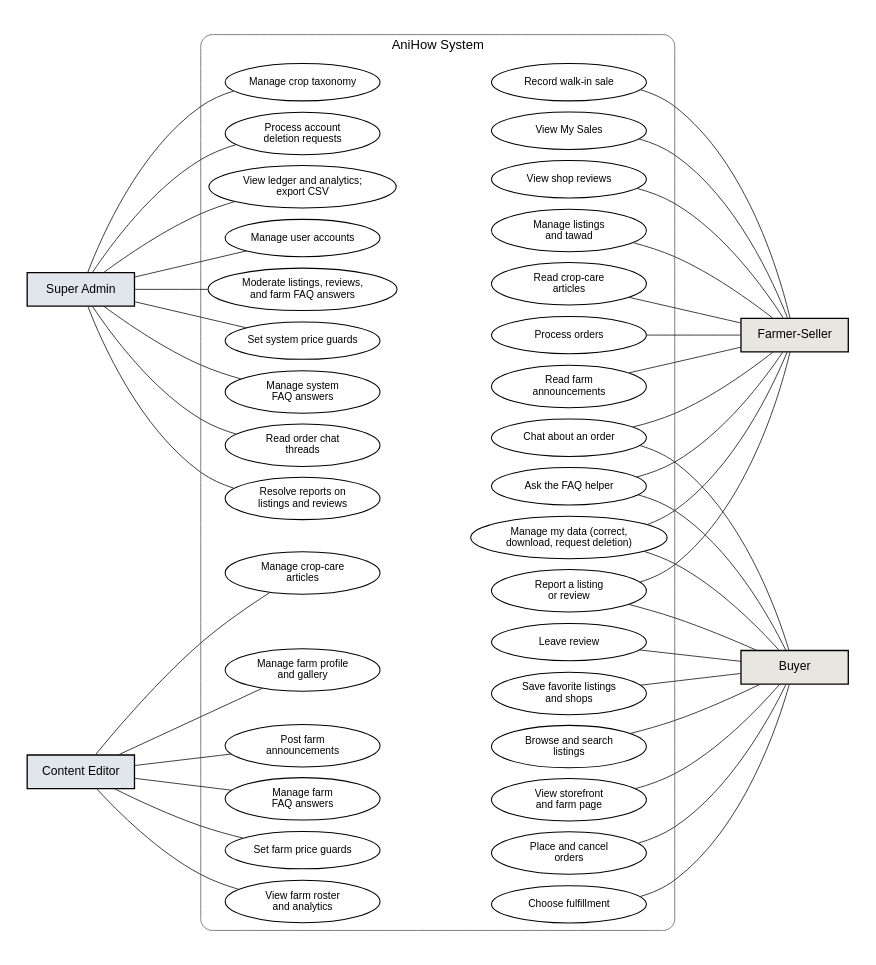
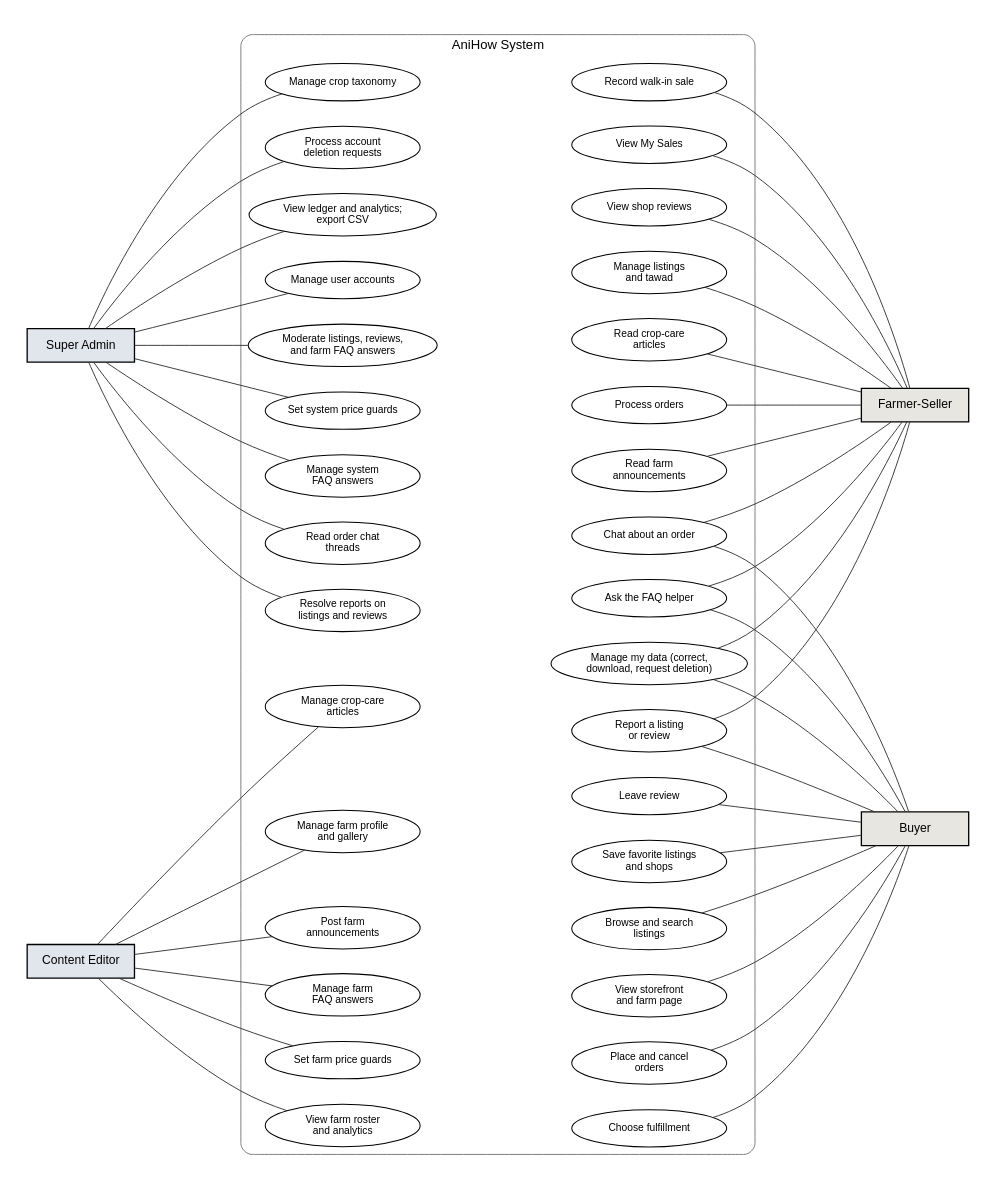
The diagram in docs/manuscript/figures/src/fig5_use_case.dot (shawncastaneda11-commits/anihow-backend), drawn with Graphviz before and after one commit. The commit also changed 40 other files, not shown here.

First line of the commit message:
docs(manuscript): improve DFD, ERD, and use case diagram routing

```diff
--- a/docs/manuscript/figures/src/fig5_use_case.dot
+++ b/docs/manuscript/figures/src/fig5_use_case.dot
@@ -1,75 +1,75 @@
 // Figure 5. Use case diagram of AniHow (v3.5, with content reports).
 digraph G {
-  graph [rankdir=LR, nodesep=0.16, ranksep=1.1, pad=0.3, fontname="Liberation Sans", newrank=true];
+  graph [rankdir=LR, nodesep=0.38, ranksep=1.7, pad=0.3, fontname="Liberation Sans", newrank=true, splines=spline];
   node  [fontname="Liberation Sans", fontsize=11];
   edge  [arrowhead=none, penwidth=1.0, color="#333333"];
 
   node [shape=box, style="filled", penwidth=1.4, fontsize=13, width=1.6];
   sa [label="Super Admin",    fillcolor="#E1E6ED"];
   ce [label="Content Editor", fillcolor="#E1E6ED"];
   fs [label="Farmer-Seller",  fillcolor="#E8E6E0"];
   by [label="Buyer",          fillcolor="#E8E6E0"];
 
   subgraph cluster_sys {
     label="AniHow System"; style="rounded"; color="#777777"; fontsize=14;
     node [shape=ellipse, style="solid", penwidth=1.1, width=2.3, height=0.55, fontsize=11];
 
     // Super Admin (CMS)
     sa1 [label="Manage user accounts"];
     sa2 [label="Set system price guards"];
     sa3 [label="Manage crop taxonomy"];
     sa4 [label="Moderate listings, reviews,\nand farm FAQ answers"];
     sa5 [label="Manage system\nFAQ answers"];
     sa6 [label="Process account\ndeletion requests"];
     sa7 [label="View ledger and analytics;\nexport CSV"];
     sa8 [label="Read order chat\nthreads"];
     sa9 [label="Resolve reports on\nlistings and reviews"];
 
     // Content Editor (CMS, own farm)
     ce1 [label="Manage crop-care\narticles"];
     ce2 [label="Manage farm profile\nand gallery"];
     ce3 [label="Post farm\nannouncements"];
     ce4 [label="Manage farm\nFAQ answers"];
     ce5 [label="Set farm price guards"];
     ce6 [label="View farm roster\nand analytics"];
 
     // Farmer-Seller (app)
     fs1 [label="Manage listings\nand tawad"];
     fs2 [label="Process orders"];
     fs3 [label="Record walk-in sale"];
     fs4 [label="Read crop-care\narticles"];
     fs5 [label="Read farm\nannouncements"];
     fs6 [label="View My Sales"];
     fs7 [label="View shop reviews"];
 
     // Shared by both app users
     sh1 [label="Chat about an order"];
     sh2 [label="Ask the FAQ helper"];
     sh3 [label="Manage my data (correct,\ndownload, request deletion)"];
     sh4 [label="Report a listing\nor review"];
 
     // Buyer (app)
     by1 [label="Browse and search\nlistings"];
     by2 [label="View storefront\nand farm page"];
     by3 [label="Place and cancel\norders"];
     by4 [label="Choose fulfillment"];
     by5 [label="Leave review"];
     by6 [label="Save favorite listings\nand shops"];
   }
 
   sa -> {sa1 sa2 sa3 sa4 sa5 sa6 sa7 sa8 sa9};
   ce -> {ce1 ce2 ce3 ce4 ce5 ce6};
   {fs1 fs2 fs3 fs4 fs5 fs6 fs7 sh1 sh2 sh3 sh4} -> fs;
   {sh1 sh2 sh3 sh4 by1 by2 by3 by4 by5 by6} -> by;
 
   // two columns: CMS use cases (left) and app use cases (right)
   {rank=same; sa ce}
   {rank=same; sa1 sa2 sa3 sa4 sa5 sa6 sa7 sa8 sa9 ce1 ce2 ce3 ce4 ce5 ce6}
   {rank=same; fs1 fs2 fs3 fs4 fs5 fs6 fs7 sh1 sh2 sh3 sh4 by1 by2 by3 by4 by5 by6}
   {rank=same; fs by}
   edge [style=invis];
   sa1 -> fs1; sa2 -> fs2; sa3 -> fs3; sa4 -> fs4; sa5 -> fs5; sa6 -> fs6; sa7 -> fs7;
   sa8 -> sh1; sa9 -> sh2; ce1 -> sh3; ce2 -> sh4; ce3 -> by1; ce4 -> by2; ce5 -> by3; ce6 -> by4;
   sa1 -> sa2 -> sa3 -> sa4 -> sa5 -> sa6 -> sa7 -> sa8 -> sa9 -> ce1 -> ce2 -> ce3 -> ce4 -> ce5 -> ce6 [constraint=false];
   fs1 -> fs2 -> fs3 -> fs4 -> fs5 -> fs6 -> fs7 -> sh1 -> sh2 -> sh3 -> sh4 -> by1 -> by2 -> by3 -> by4 -> by5 -> by6 [constraint=false];
 }
```
